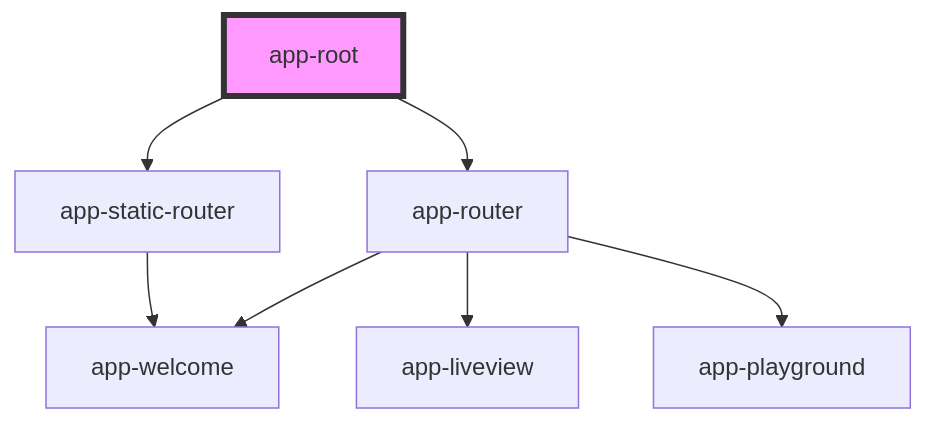
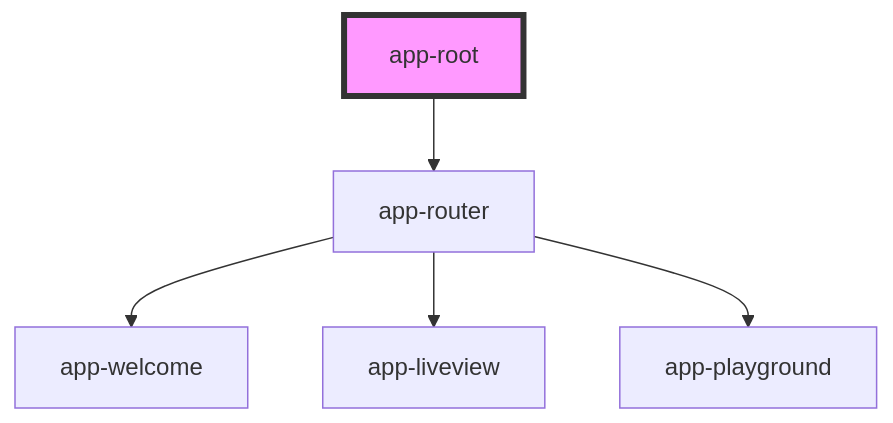
One commit to corejam/corejam changed the diagram in packages/dev/src/components/App/readme.md. Above: the diagram before and after it, drawn with Mermaid. The commit also changed other lines of this file and 13 other files, not shown here.

````diff
--- a/packages/dev/src/components/App/readme.md
+++ b/packages/dev/src/components/App/readme.md
@@ -23,10 +22,8 @@
 ```mermaid
 graph TD;
-  app-root --> app-static-router
   app-root --> app-router
-  app-static-router --> app-welcome
   app-router --> app-welcome
   app-router --> app-liveview
   app-router --> app-playground
   style app-root fill:#f9f,stroke:#333,stroke-width:4px
 ```
````
